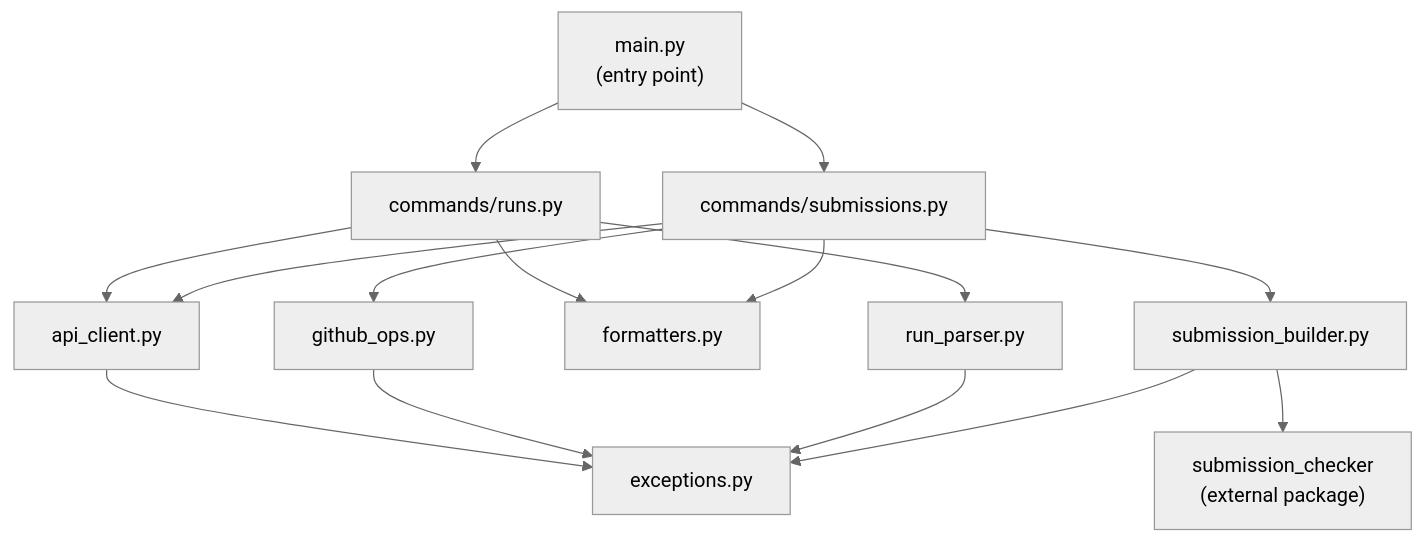
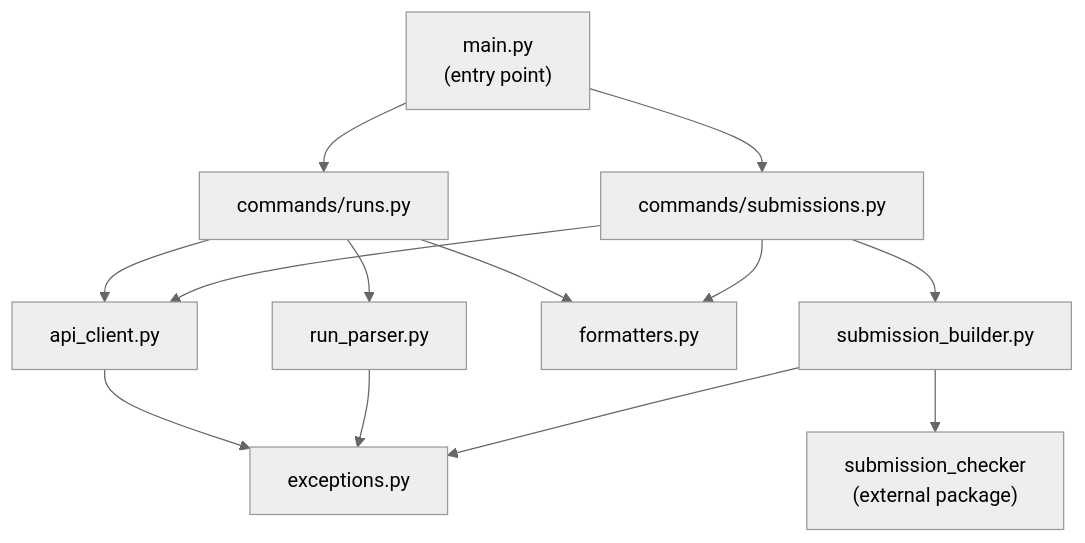
One commit to mlcommons/endpoints-submission-cli changed the first of 4 diagrams in docs/endpoints-cli/reference/architecture.md. Above: the diagram before and after it, drawn with Mermaid (neutral theme). The commit also changed other lines of this file and 8 other files, not shown here.

````diff
--- a/docs/endpoints-cli/reference/architecture.md
+++ b/docs/endpoints-cli/reference/architecture.md
@@ -37,21 +35,19 @@
 ```mermaid
 graph TD
     main["main.py\n(entry point)"] --> runs_cmd["commands/runs.py"]
     main --> sub_cmd["commands/submissions.py"]
 
     runs_cmd --> api["api_client.py"]
     runs_cmd --> parser["run_parser.py"]
     runs_cmd --> fmt["formatters.py"]
 
     sub_cmd --> api
-    sub_cmd --> github["github_ops.py"]
     sub_cmd --> builder["submission_builder.py"]
     sub_cmd --> fmt
 
     builder --> checker["submission_checker\n(external package)"]
 
     api --> exc["exceptions.py"]
-    github --> exc
     parser --> exc
     builder --> exc
 ```
````
